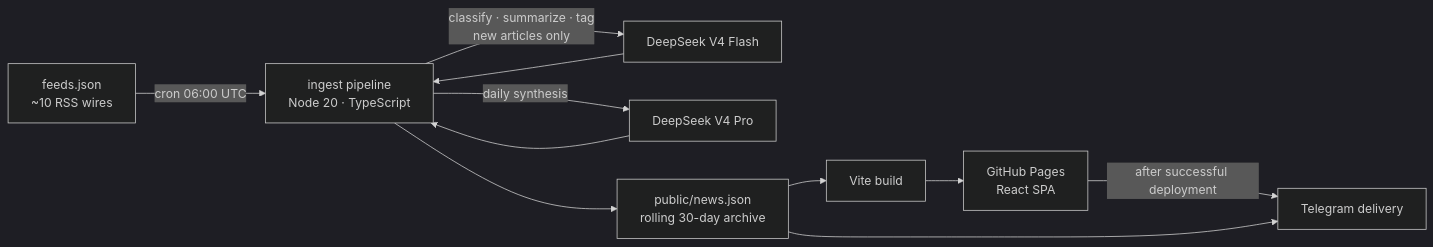
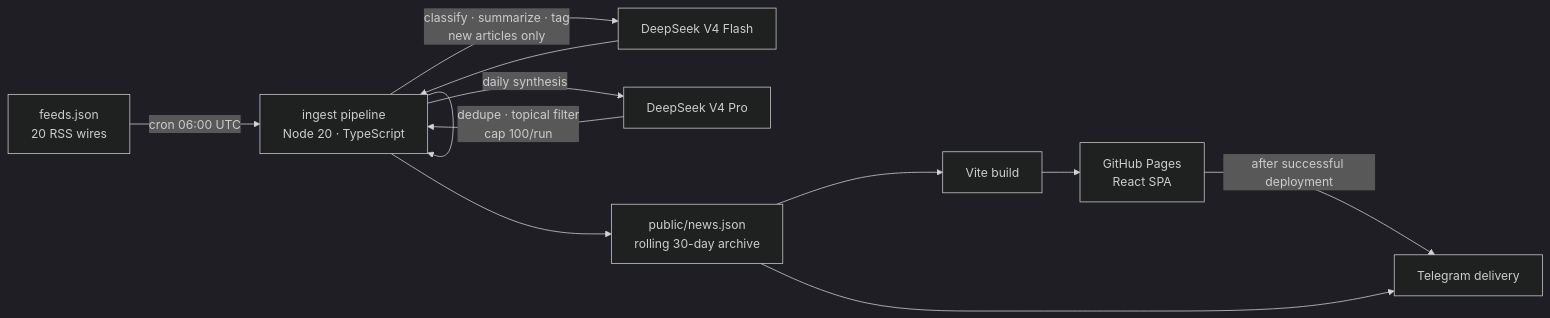
One commit to marco144803025/AI-News-Reader changed the diagram in README.md. Above: the diagram before and after it, drawn with Mermaid (dark theme). The commit also changed other lines of this file and 33 other files, not shown here.

````diff
--- a/README.md
+++ b/README.md
@@ -54,13 +54,14 @@
 ```mermaid
 flowchart LR
-    F[feeds.json<br/>~10 RSS wires] -->|cron 06:00 UTC| I[ingest pipeline<br/>Node 20 · TypeScript]
+    F[feeds.json<br/>20 RSS wires] -->|cron 06:00 UTC| I[ingest pipeline<br/>Node 20 · TypeScript]
+    I -->|dedupe · topical filter<br/>cap 100/run| I
     I -->|classify · summarize · tag<br/>new articles only| C[DeepSeek V4 Flash]
     C --> I
     I -->|daily synthesis| D[DeepSeek V4 Pro]
     D --> I
     I --> J[public/news.json<br/>rolling 30-day archive]
     J --> B[Vite build]
     B --> P[GitHub Pages<br/>React SPA]
     P -->|after successful deployment| T[Telegram delivery]
     J --> T
 ```
````
